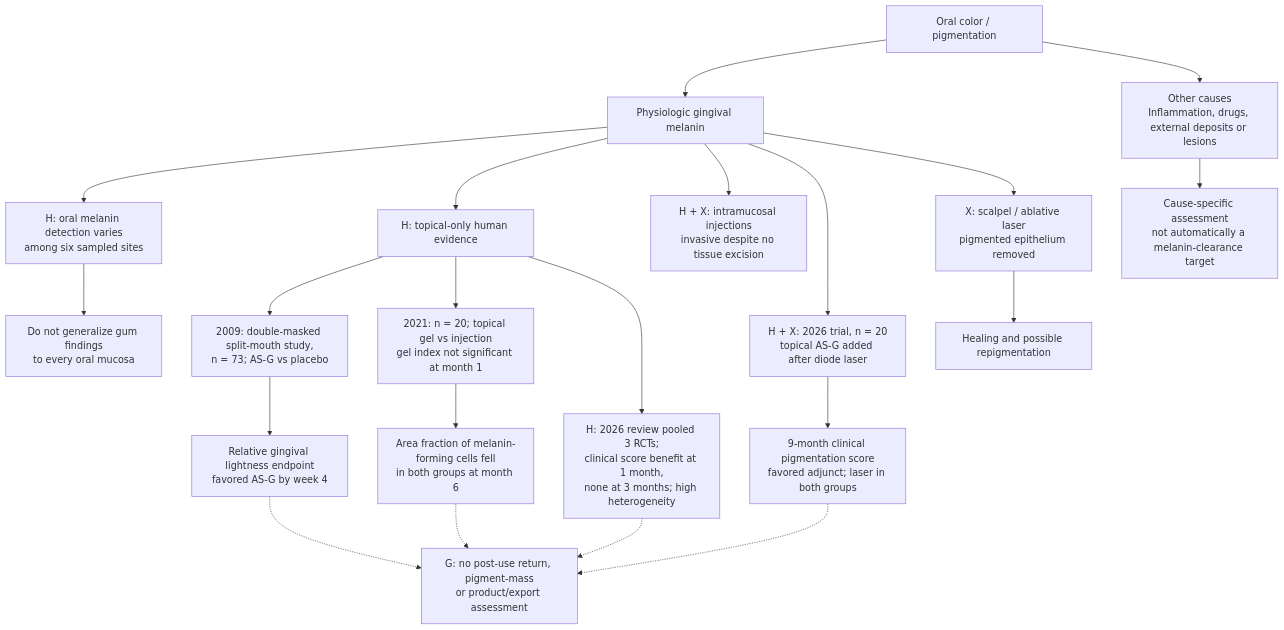
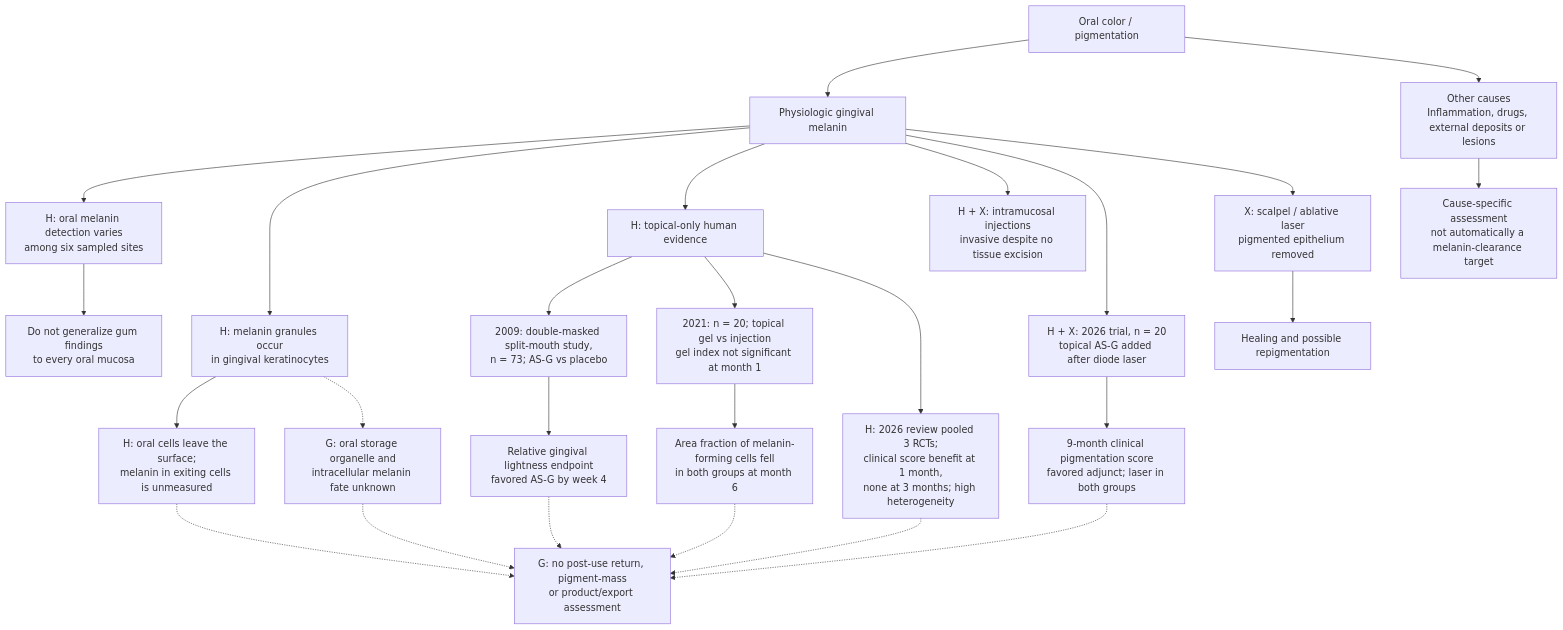
Diagram 11 of 38 in research/tissue-pigment-atlas.md (dylanstechmann/iris-color-without-contacts), drawn with Mermaid before and after one commit. The commit also changed other lines of this file, not shown here.

````diff
--- a/research/tissue-pigment-atlas.md
+++ b/research/tissue-pigment-atlas.md
@@ -320,23 +326,28 @@
 ```mermaid
 flowchart TD
     A["Oral color / pigmentation"] --> B["Physiologic gingival melanin"]
     A --> C["Other causes<br/>Inflammation, drugs, external deposits or lesions"]
     B --> V["H: oral melanin detection varies<br/>among six sampled sites"]
+    B --> ORAL["H: melanin granules occur<br/>in gingival keratinocytes"]
+    ORAL --> SHED["H: oral cells leave the surface;<br/>melanin in exiting cells is unmeasured"]
+    ORAL -.-> ORG["G: oral storage organelle and<br/>intracellular melanin fate unknown"]
+    SHED -.-> G
+    ORG -.-> G
     V --> X["Do not generalize gum findings<br/>to every oral mucosa"]
     B --> TP["H: topical-only human evidence"]
     TP --> T1["2009: double-masked split-mouth study,<br/>n = 73; AS-G vs placebo"]
     T1 --> T2["Relative gingival lightness endpoint<br/>favored AS-G by week 4"]
     TP --> T3["2021: n = 20; topical gel vs injection<br/>gel index not significant at month 1"]
     T3 --> T4["Area fraction of melanin-forming cells fell<br/>in both groups at month 6"]
     TP --> REV["H: 2026 review pooled 3 RCTs;<br/>clinical score benefit at 1 month,<br/>none at 3 months; high heterogeneity"]
     REV -.-> G
     T2 -.-> G["G: no post-use return, pigment-mass<br/>or product/export assessment"]
     T4 -.-> G
     B --> I["H + X: intramucosal injections<br/>invasive despite no tissue excision"]
     B --> L["H + X: 2026 trial, n = 20<br/>topical AS-G added after diode laser"]
     L --> D9["9-month clinical pigmentation score<br/>favored adjunct; laser in both groups"]
     D9 -.-> G
     B --> S["X: scalpel / ablative laser<br/>pigmented epithelium removed"]
     S --> R["Healing and possible repigmentation"]
     C --> O["Cause-specific assessment<br/>not automatically a melanin-clearance target"]
 ```
````
